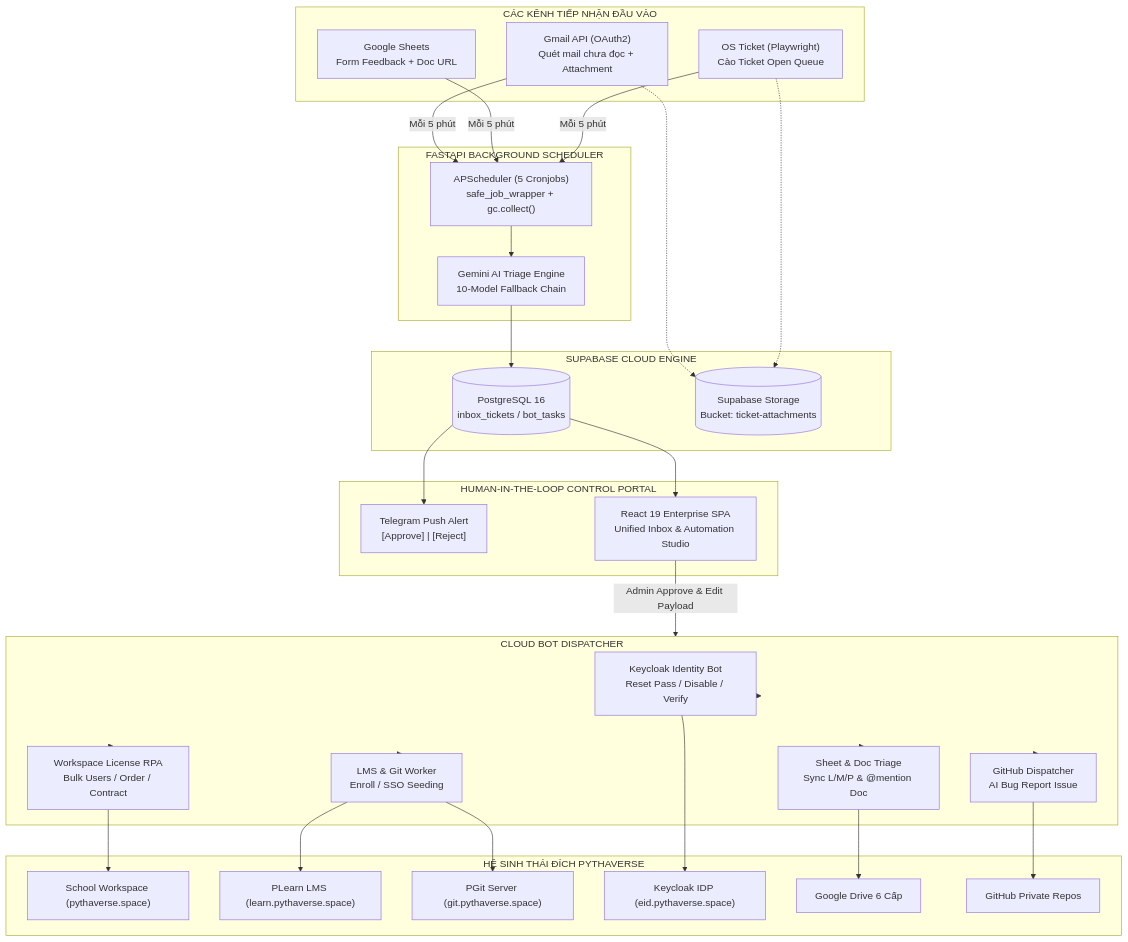
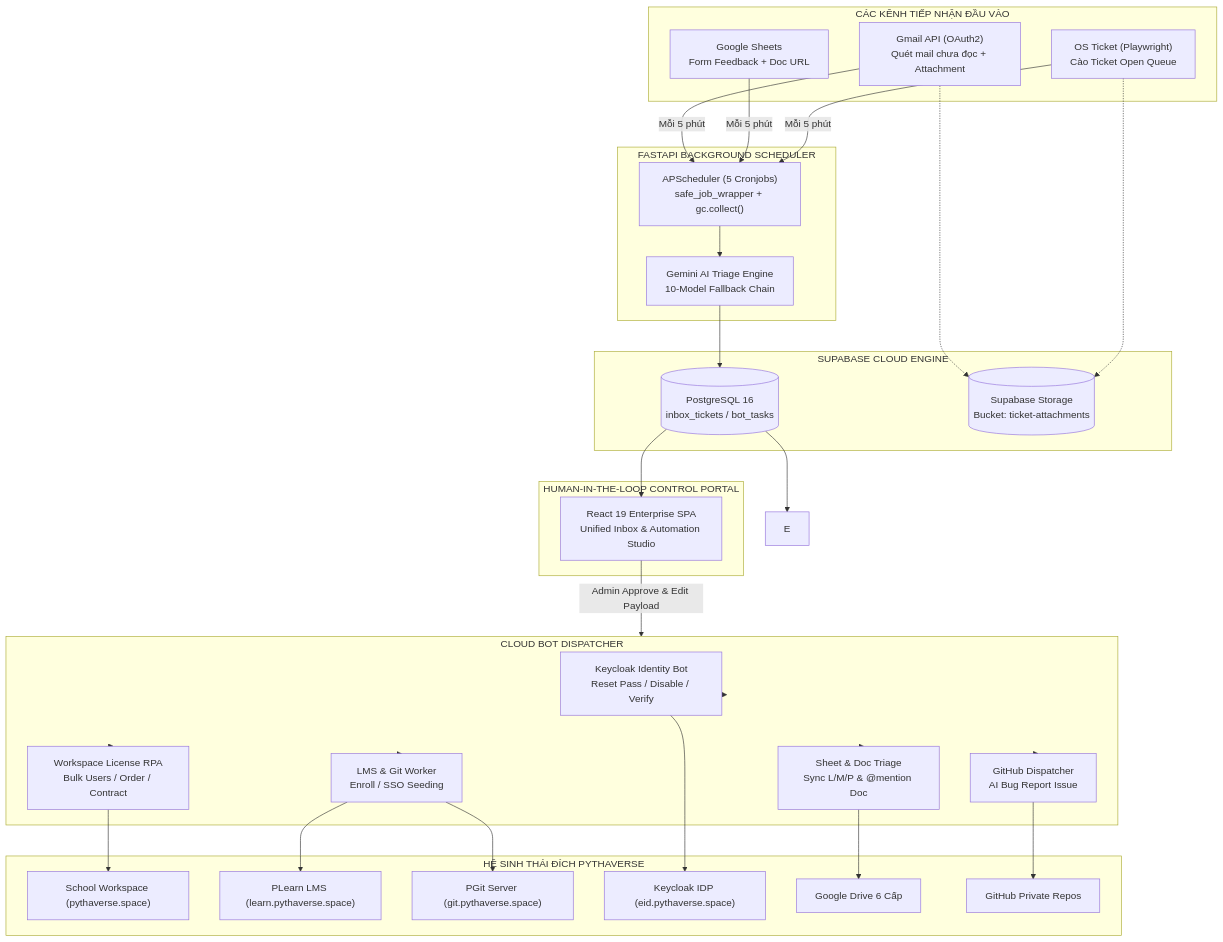
Before and after one commit to hungnm-1225/ptv-tasks-administrator: the first of 3 diagrams in README.md, drawn with Mermaid. The commit also changed other lines of this file and 8 other files, not shown here.

````diff
--- a/README.md
+++ b/README.md
@@ -104,57 +103,56 @@
 ```mermaid
 flowchart TD
     subgraph INGESTION["CÁC KÊNH TIẾP NHẬN ĐẦU VÀO"]
         A1["Gmail API (OAuth2)<br/>Quét mail chưa đọc + Attachment"]
         A2["Google Sheets<br/>Form Feedback + Doc URL"]
         A3["OS Ticket (Playwright)<br/>Cào Ticket Open Queue"]
     end
 
     subgraph ENGINE["FASTAPI BACKGROUND SCHEDULER"]
         B["APScheduler (5 Cronjobs)<br/>safe_job_wrapper + gc.collect()"]
         C["Gemini AI Triage Engine<br/>10-Model Fallback Chain"]
     end
 
     subgraph DB["SUPABASE CLOUD ENGINE"]
         D[("PostgreSQL 16<br/>inbox_tickets / bot_tasks")]
         D2[("Supabase Storage<br/>Bucket: ticket-attachments")]
     end
 
     subgraph PORTAL["HUMAN-IN-THE-LOOP CONTROL PORTAL"]
-        E["Telegram Push Alert<br/>[Approve] | [Reject]"]
         F["React 19 Enterprise SPA<br/>Unified Inbox & Automation Studio"]
     end
 
     subgraph WORKERS["CLOUD BOT DISPATCHER"]
         G1["Keycloak Identity Bot<br/>Reset Pass / Disable / Verify"]
         G2["Workspace License RPA<br/>Bulk Users / Order / Contract"]
         G3["LMS & Git Worker<br/>Enroll / SSO Seeding"]
         G4["GitHub Dispatcher<br/>AI Bug Report Issue"]
         G5["Sheet & Doc Triage<br/>Sync L/M/P & @mention Doc"]
     end
 
     subgraph ECOSYSTEM["HỆ SINH THÁI ĐÍCH PYTHAVERSE"]
         H1["School Workspace (pythaverse.space)"]
         H2["PLearn LMS (learn.pythaverse.space)"]
         H3["PGit Server (git.pythaverse.space)"]
         H4["Keycloak IDP (eid.pythaverse.space)"]
         H5["Google Drive 6 Cấp"]
         H6["GitHub Private Repos"]
     end
 
     A1 -->|Mỗi 5 phút| B
     A2 -->|Mỗi 5 phút| B
     A3 -->|Mỗi 5 phút| B
     B --> C
     C --> D
     A1 -.-> D2
     A3 -.-> D2
     D --> E
     D --> F
     F -->|Admin Approve & Edit Payload| WORKERS
     WORKERS --> G1 & G2 & G3 & G4 & G5
     G1 --> H4
     G2 --> H1
     G3 --> H2 & H3
     G4 --> H6
     G5 --> H5
 ```
````
